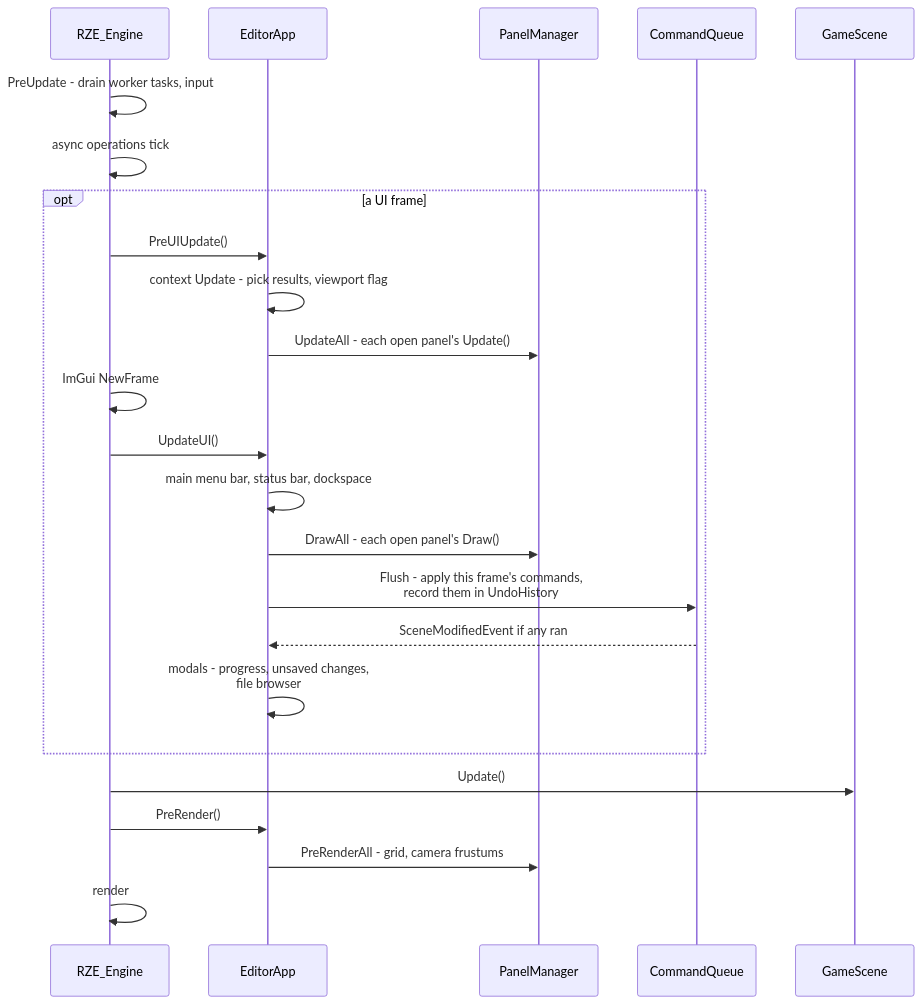
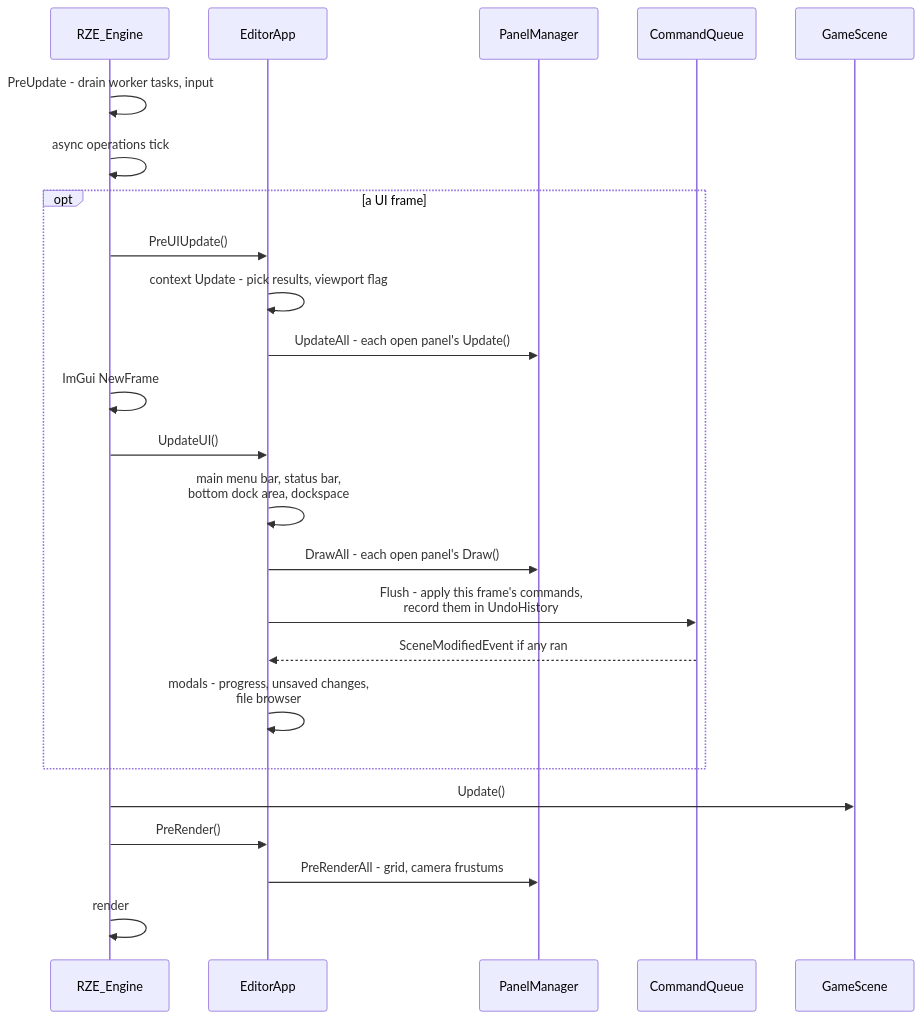
Before and after one commit to b1nary0/RZE: the second of 3 diagrams in Docs/Generated/Engine/07-Editor/Editor-Framework.md, drawn with Mermaid. The commit also changed other lines of this file and 16 other files, not shown here.

````diff
--- a/Docs/Generated/Engine/07-Editor/Editor-Framework.md
+++ b/Docs/Generated/Engine/07-Editor/Editor-Framework.md
@@ -102,27 +120,27 @@
 ```mermaid
 %%{init: {'flowchart': {'subGraphTitleMargin': {'top': 6, 'bottom': 10}}, 'themeCSS': '.labelBkg, .edgeLabel { background-color: var(--background-primary) !important; } .messageText, .labelText, .loopText { paint-order: stroke; stroke: var(--background-primary); stroke-width: 5px; stroke-linejoin: round; }'}}%%
 sequenceDiagram
     participant Eng as RZE_Engine
     participant App as EditorApp
     participant PM as PanelManager
     participant Q as CommandQueue
     participant Scene as GameScene
     Eng->>Eng: PreUpdate - drain worker tasks, input
     Eng->>Eng: async operations tick
     opt a UI frame
         Eng->>App: PreUIUpdate()
         App->>App: context Update - pick results, viewport flag
         App->>PM: UpdateAll - each open panel's Update()
         Eng->>Eng: ImGui NewFrame
         Eng->>App: UpdateUI()
-        App->>App: main menu bar, status bar, dockspace
+        App->>App: main menu bar, status bar,<br/>bottom dock area, dockspace
         App->>PM: DrawAll - each open panel's Draw()
         App->>Q: Flush - apply this frame's commands,<br/>record them in UndoHistory
         Q-->>App: SceneModifiedEvent if any ran
         App->>App: modals - progress, unsaved changes,<br/>file browser
     end
     Eng->>Scene: Update()
     Eng->>App: PreRender()
     App->>PM: PreRenderAll - grid, camera frustums
     Eng->>Eng: render
 ```
````
